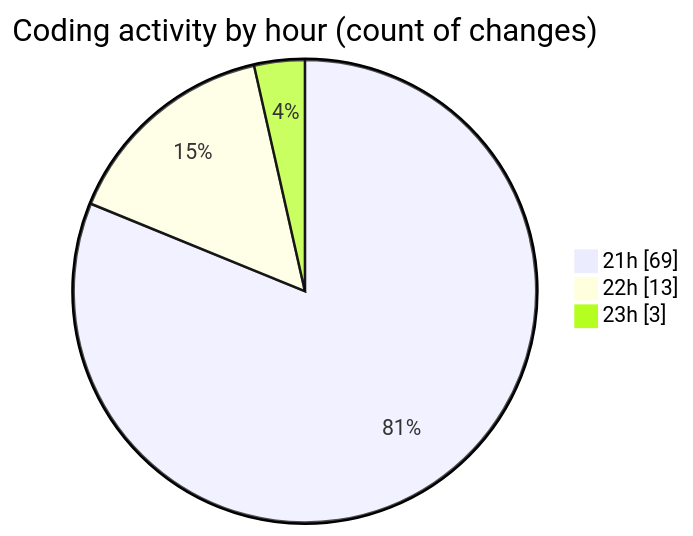
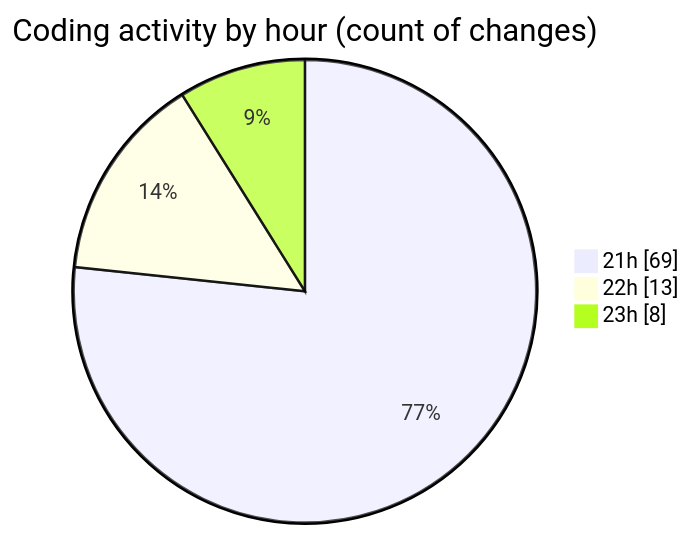
Before and after one commit to Netris89/code-tracking: the second of 2 diagrams in 2025-04-05/schoolmanagement/README.md, drawn with Mermaid. The commit also changed other lines of this file and 1 other file, not shown here.

````diff
--- a/2025-04-05/schoolmanagement/README.md
+++ b/2025-04-05/schoolmanagement/README.md
@@ -50,7 +52,7 @@
 ```mermaid
 pie showData
 title Coding activity by hour (count of changes)
 "21h" : 69
 "22h" : 13
-"23h" : 3
+"23h" : 8
 ```
````
